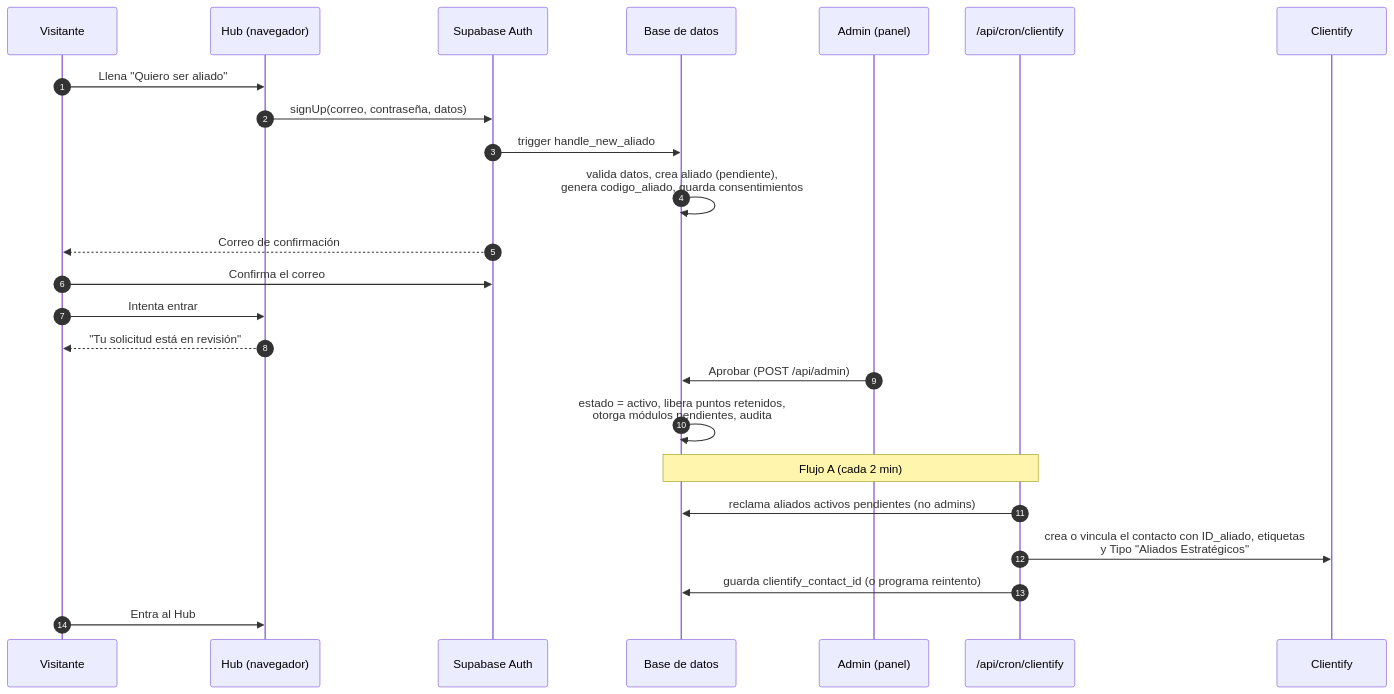
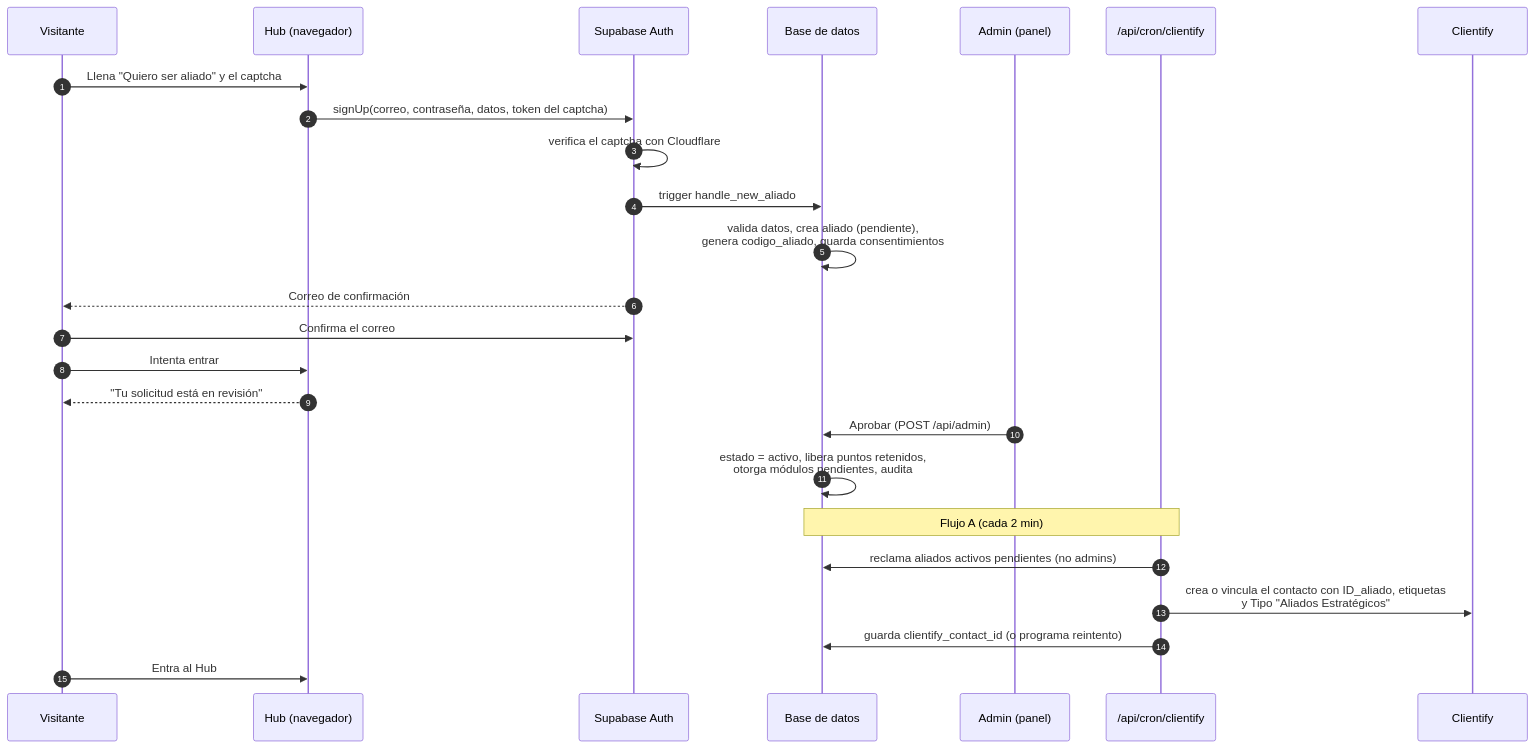
The second of 10 diagrams in docs/GUIA_HUB.md (jmanurodri04-glitch/Aliados-del-sol-hub), drawn with Mermaid before and after one commit. The commit also changed other lines of this file and 3 other files, not shown here.

````diff
--- a/docs/GUIA_HUB.md
+++ b/docs/GUIA_HUB.md
@@ -230,26 +230,27 @@
 ```mermaid
 sequenceDiagram
   autonumber
   participant V as Visitante
   participant H as Hub (navegador)
   participant AU as Supabase Auth
   participant DB as Base de datos
   participant AD as Admin (panel)
   participant F as /api/cron/clientify
   participant CL as Clientify
-  V->>H: Llena "Quiero ser aliado"
-  H->>AU: signUp(correo, contraseña, datos)
+  V->>H: Llena "Quiero ser aliado" y el captcha
+  H->>AU: signUp(correo, contraseña, datos, token del captcha)
+  AU->>AU: verifica el captcha con Cloudflare
   AU->>DB: trigger handle_new_aliado
   DB->>DB: valida datos, crea aliado (pendiente),<br/>genera codigo_aliado, guarda consentimientos
   AU-->>V: Correo de confirmación
   V->>AU: Confirma el correo
   V->>H: Intenta entrar
   H-->>V: "Tu solicitud está en revisión"
   AD->>DB: Aprobar (POST /api/admin)
   DB->>DB: estado = activo, libera puntos retenidos,<br/>otorga módulos pendientes, audita
   Note over DB,F: Flujo A (cada 2 min)
   F->>DB: reclama aliados activos pendientes (no admins)
   F->>CL: crea o vincula el contacto con ID_aliado, etiquetas<br/>y Tipo "Aliados Estratégicos"
   F->>DB: guarda clientify_contact_id (o programa reintento)
   V->>H: Entra al Hub
 ```
````
